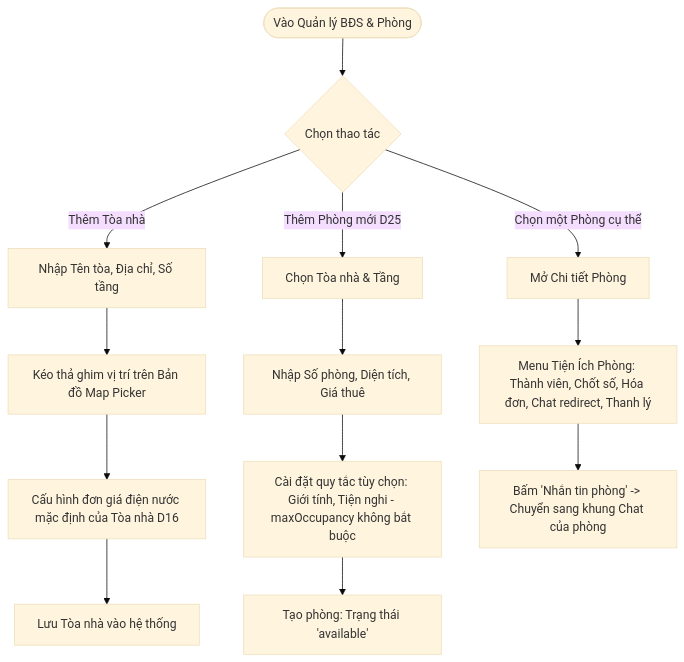
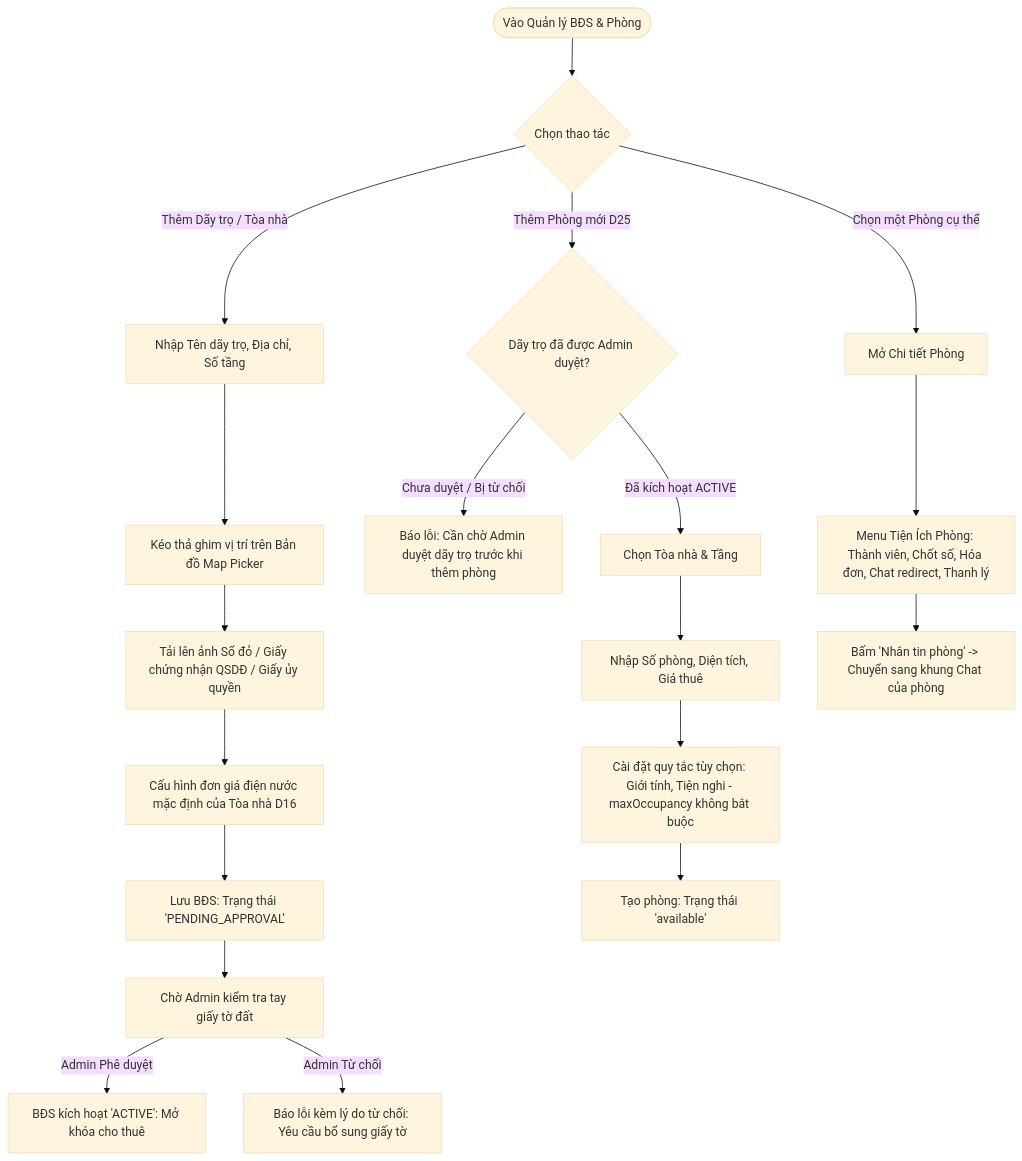
The second of 9 diagrams in phase-1/discovery/user_flow/landlord_user_flow.md (pbl6-home-renter/docs), drawn with Mermaid (base theme) before and after one commit. The commit also changed other lines of this file and 3 other files, not shown here.

````diff
--- a/phase-1/discovery/user_flow/landlord_user_flow.md
+++ b/phase-1/discovery/user_flow/landlord_user_flow.md
@@ -49,21 +61,28 @@
 ```mermaid
 flowchart TD
     StartProp([Vào Quản lý BĐS & Phòng]) --> ChoosePropAction{Chọn thao tác}
     
-    %% Nhánh 1: Thêm Tòa nhà
-    ChoosePropAction -->|Thêm Tòa nhà| FormBld[Nhập Tên tòa, Địa chỉ, Số tầng]
+    %% Nhánh 1: Thêm Tòa nhà / Dãy trọ (Yêu cầu Sổ đỏ / Giấy tờ đất)
+    ChoosePropAction -->|Thêm Dãy trọ / Tòa nhà| FormBld[Nhập Tên dãy trọ, Địa chỉ, Số tầng]
     FormBld --> PickMap[Kéo thả ghim vị trí trên Bản đồ Map Picker]
-    PickMap --> SetDefaultRates[Cấu hình đơn giá điện nước mặc định của Tòa nhà D16]
-    SetDefaultRates --> SaveBld[Lưu Tòa nhà vào hệ thống]
+    PickMap --> UploadLandProof[Tải lên ảnh Sổ đỏ / Giấy chứng nhận QSDĐ / Giấy ủy quyền]
+    UploadLandProof --> SetDefaultRates[Cấu hình đơn giá điện nước mặc định của Tòa nhà D16]
+    SetDefaultRates --> SaveBld[Lưu BĐS: Trạng thái 'PENDING_APPROVAL']
+    
+    SaveBld --> WaitAdminAudit[Chờ Admin kiểm tra tay giấy tờ đất]
+    WaitAdminAudit -->|Admin Phê duyệt| BldActive[BĐS kích hoạt 'ACTIVE': Mở khóa cho thuê]
+    WaitAdminAudit -->|Admin Từ chối| BldReject[Báo lỗi kèm lý do từ chối: Yêu cầu bổ sung giấy tờ]
     
     %% Nhánh 2: Thêm Phòng trọ
-    ChoosePropAction -->|Thêm Phòng mới D25| FormRoom[Chọn Tòa nhà & Tầng]
+    ChoosePropAction -->|Thêm Phòng mới D25| CheckBldActive{Dãy trọ đã được Admin duyệt?}
+    CheckBldActive -->|Chưa duyệt / Bị từ chối| BlockRoomCreate[Báo lỗi: Cần chờ Admin duyệt dãy trọ trước khi thêm phòng]
+    CheckBldActive -->|Đã kích hoạt ACTIVE| FormRoom[Chọn Tòa nhà & Tầng]
     FormRoom --> InputRoomSpecs[Nhập Số phòng, Diện tích, Giá thuê]
     InputRoomSpecs --> SetOptionalRules[Cài đặt quy tắc tùy chọn: Giới tính, Tiện nghi - maxOccupancy không bắt buộc]
     SetOptionalRules --> SaveRoom[Tạo phòng: Trạng thái 'available']
     
     %% Mở Tiện ích phòng
     ChoosePropAction -->|Chọn một Phòng cụ thể| RoomCard[Mở Chi tiết Phòng]
     RoomCard --> RoomMenu[Menu Tiện Ích Phòng: Thành viên, Chốt số, Hóa đơn, Chat redirect, Thanh lý]
     RoomMenu --> ChatRedirect[Bấm 'Nhắn tin phòng' -> Chuyển sang khung Chat của phòng]
 ```
````
